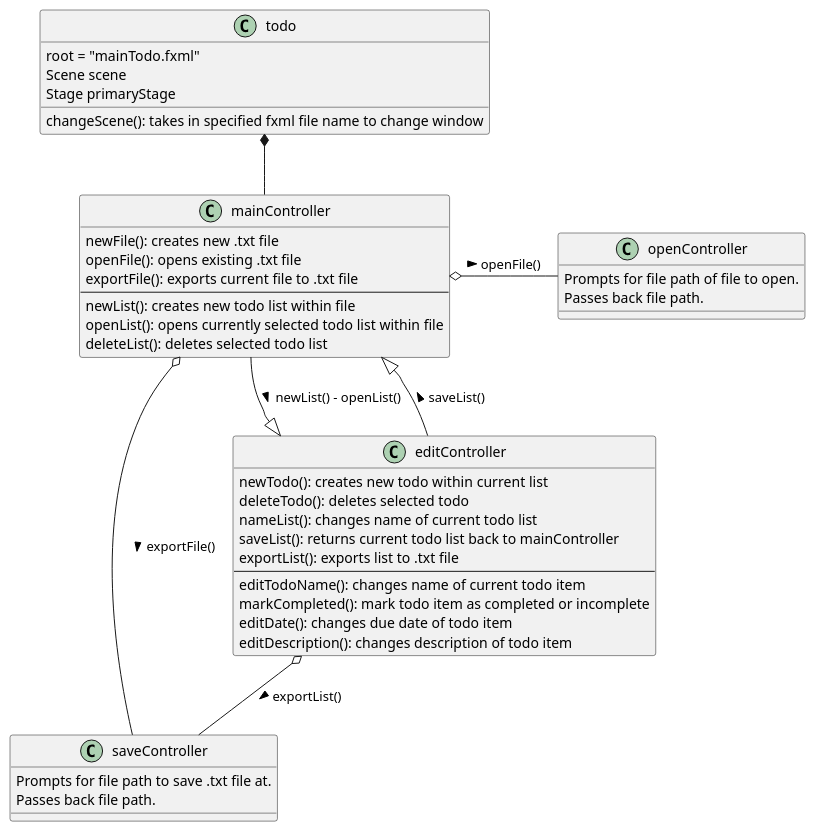
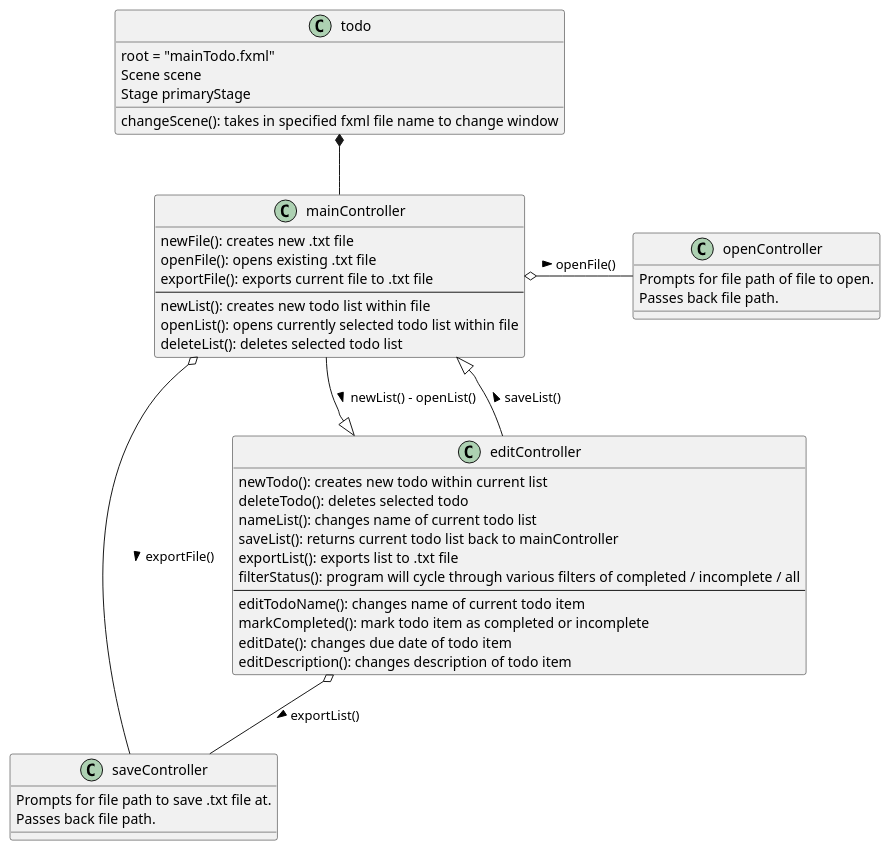
The diagram in src/uml/todo.puml (kh04p/Phan-COP3330-Assignment4part2), drawn with PlantUML before and after one commit. The commit also changed 4 other files, not shown here.

```diff
--- a/src/uml/todo.puml
+++ b/src/uml/todo.puml
@@ -1,62 +1,63 @@
 @startuml
 'https://plantuml.com/class-diagram
 
 class todo
 class mainController
 class openController
 class saveController
 class editController
 
 class todo {
 root = "mainTodo.fxml"
 Scene scene
 Stage primaryStage
 changeScene(): takes in specified fxml file name to change window
 }
 
 todo *-- mainController
 
 class mainController {
 newFile(): creates new .txt file
 openFile(): opens existing .txt file
 exportFile(): exports current file to .txt file
 --
 newList(): creates new todo list within file
 openList(): opens currently selected todo list within file
 deleteList(): deletes selected todo list
 }
 
 mainController o- openController: openFile() >
 mainController o-- saveController: exportFile() >
 
 mainController --|> editController: newList() - openList() >
 editController --|> mainController: saveList() >
 
 class editController {
 newTodo(): creates new todo within current list
 deleteTodo(): deletes selected todo
 nameList(): changes name of current todo list
 saveList(): returns current todo list back to mainController
 exportList(): exports list to .txt file
+filterStatus(): program will cycle through various filters of completed / incomplete / all
 --
 editTodoName(): changes name of current todo item
 markCompleted(): mark todo item as completed or incomplete
 editDate(): changes due date of todo item
 editDescription(): changes description of todo item
 }
 
 editController o-- saveController: exportList() >
 
 class openController {
 Prompts for file path of file to open.
 Passes back file path.
 }
 
 class saveController {
 Prompts for file path to save .txt file at.
 Passes back file path.
 }
 
 
 
 @enduml
```
